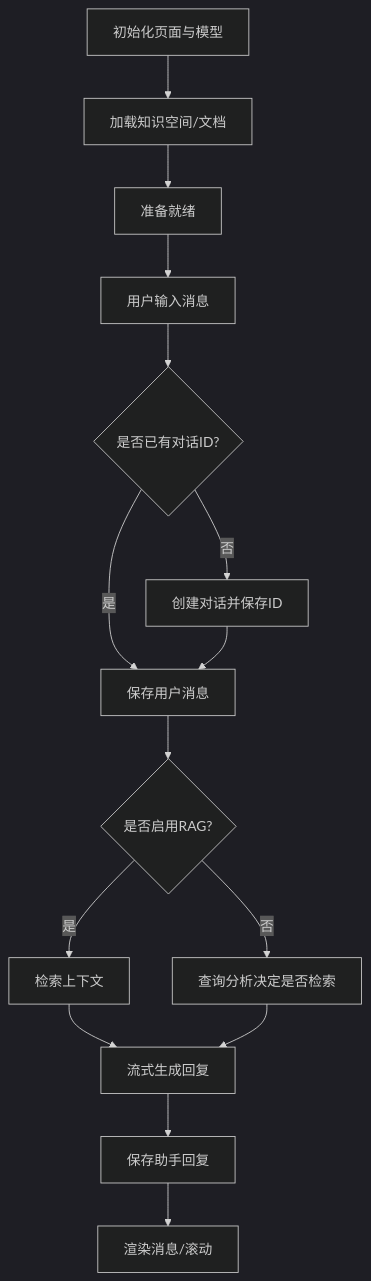
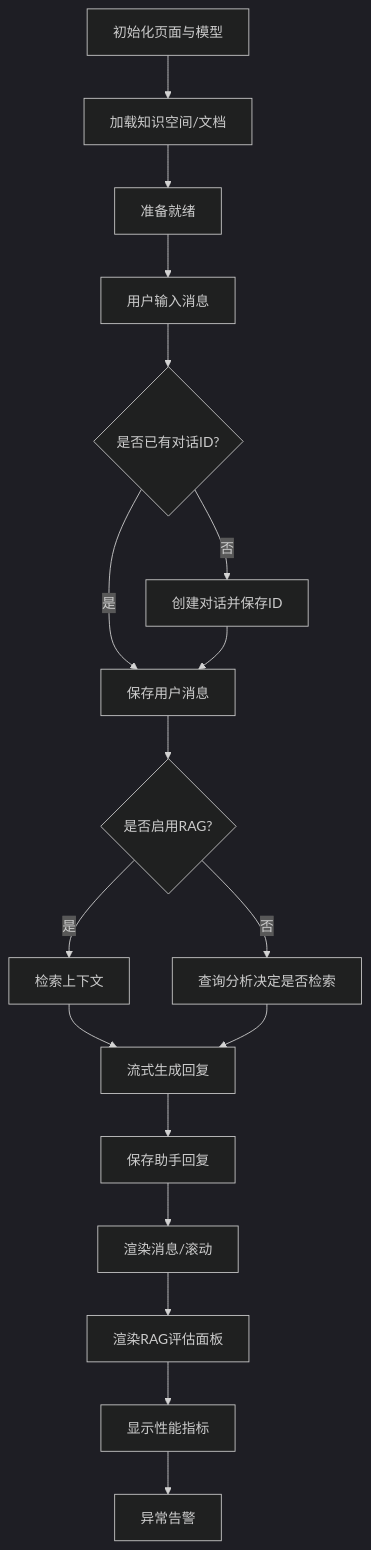
The sixth of 7 diagrams in .qoder/repowiki/zh/content/核心功能模块/对话系统/对话系统.md (iammm0/advanced-rag), drawn with Mermaid (dark theme) before and after one commit. The commit also changed other lines of this file and 5 other files, not shown here.

````diff
--- a/.qoder/repowiki/zh/content/核心功能模块/对话系统/对话系统.md
+++ b/.qoder/repowiki/zh/content/核心功能模块/对话系统/对话系统.md
@@ -240,17 +261,20 @@
 ```mermaid
 flowchart TD
 Init["初始化页面与模型"] --> LoadKS["加载知识空间/文档"]
 LoadKS --> Ready["准备就绪"]
 Ready --> Input["用户输入消息"]
 Input --> CreateConv{"是否已有对话ID?"}
 CreateConv --> |否| NewConv["创建对话并保存ID"]
 CreateConv --> |是| AddMsg["保存用户消息"]
 NewConv --> AddMsg
 AddMsg --> NeedRAG{"是否启用RAG?"}
 NeedRAG --> |是| Retrieve["检索上下文"]
 NeedRAG --> |否| Decide["查询分析决定是否检索"]
 Retrieve --> Gen["流式生成回复"]
 Decide --> Gen
 Gen --> SaveResp["保存助手回复"]
 SaveResp --> Render["渲染消息/滚动"]
+Render --> EvalPanel["渲染RAG评估面板"]
+EvalPanel --> Metrics["显示性能指标"]
+Metrics --> Warnings["异常告警"]
 ```
````
